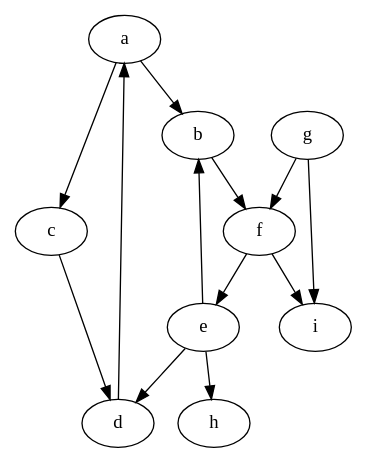
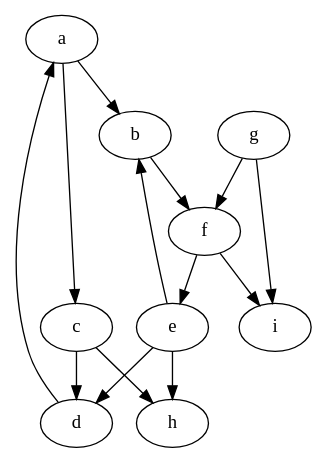
One commit to nicolasrenet/Graphs changed the diagram in examples/directed_graph_homework.dot. Above: the diagram before and after it, drawn with Graphviz. The commit also changed 3 other files, not shown here.

Commit message:
Old modifs there were never committed: DAG SP/LP added to the graph module.

```diff
--- a/examples/directed_graph_homework.dot
+++ b/examples/directed_graph_homework.dot
@@ -1,25 +1,26 @@
 Digraph {
 a [label="a"];
 b [label="b"];
 c [label="c"];
 d [label="d"];
 e [label="e"];
 f [label="f"];
 g [label="g"];
 h [label="h"];
 i [label="i"];
 
 a->b [label=""];
 a->c [label=""];
 b->f [label=""];
 c->d [label=""];
+c->h [label=""];
 d->a [label=""];
 e->d [label=""];
 e->b [label=""];
 e->h [label=""];
 f->e [label=""];
 f->i [label=""];
 g->i [label=""];
 g->f [label=""];
 	
 }
```
